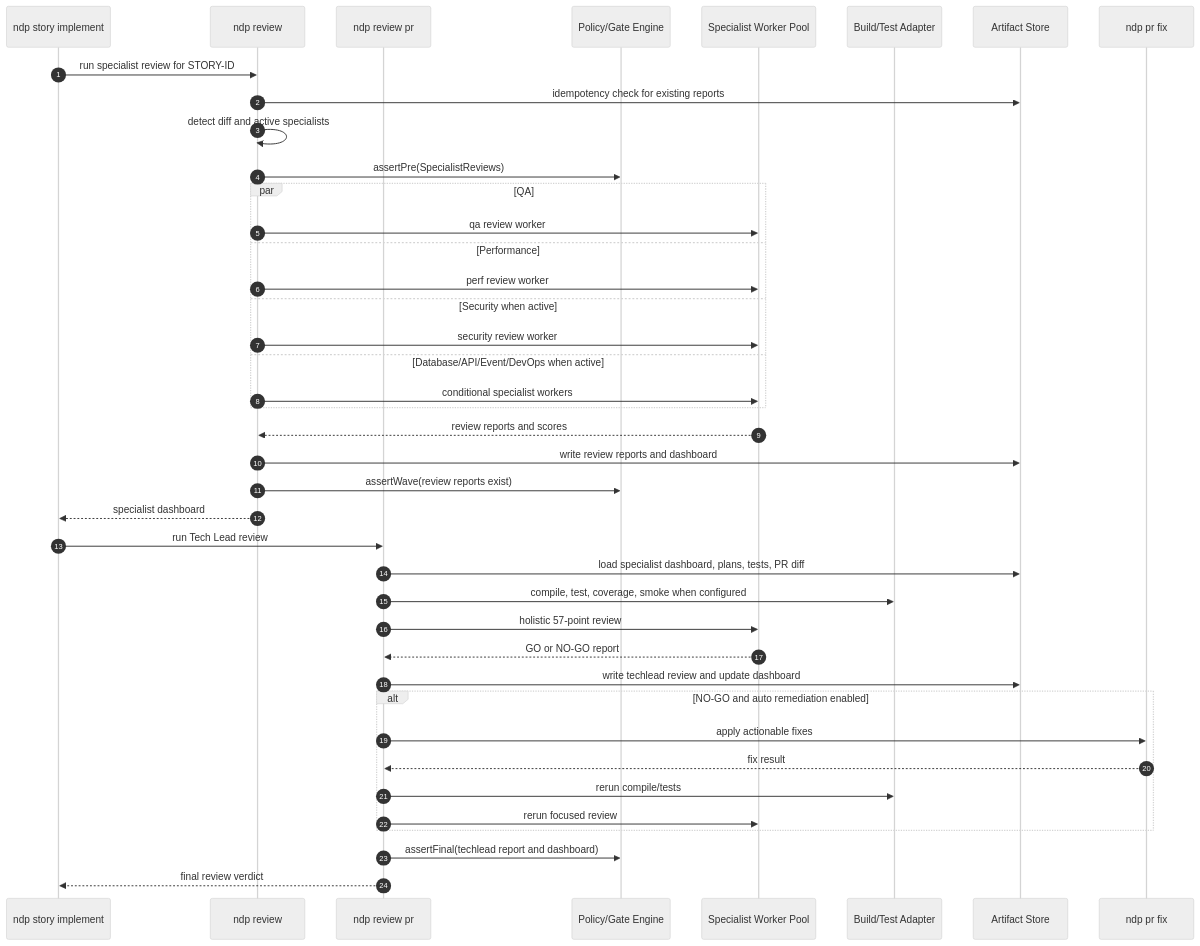
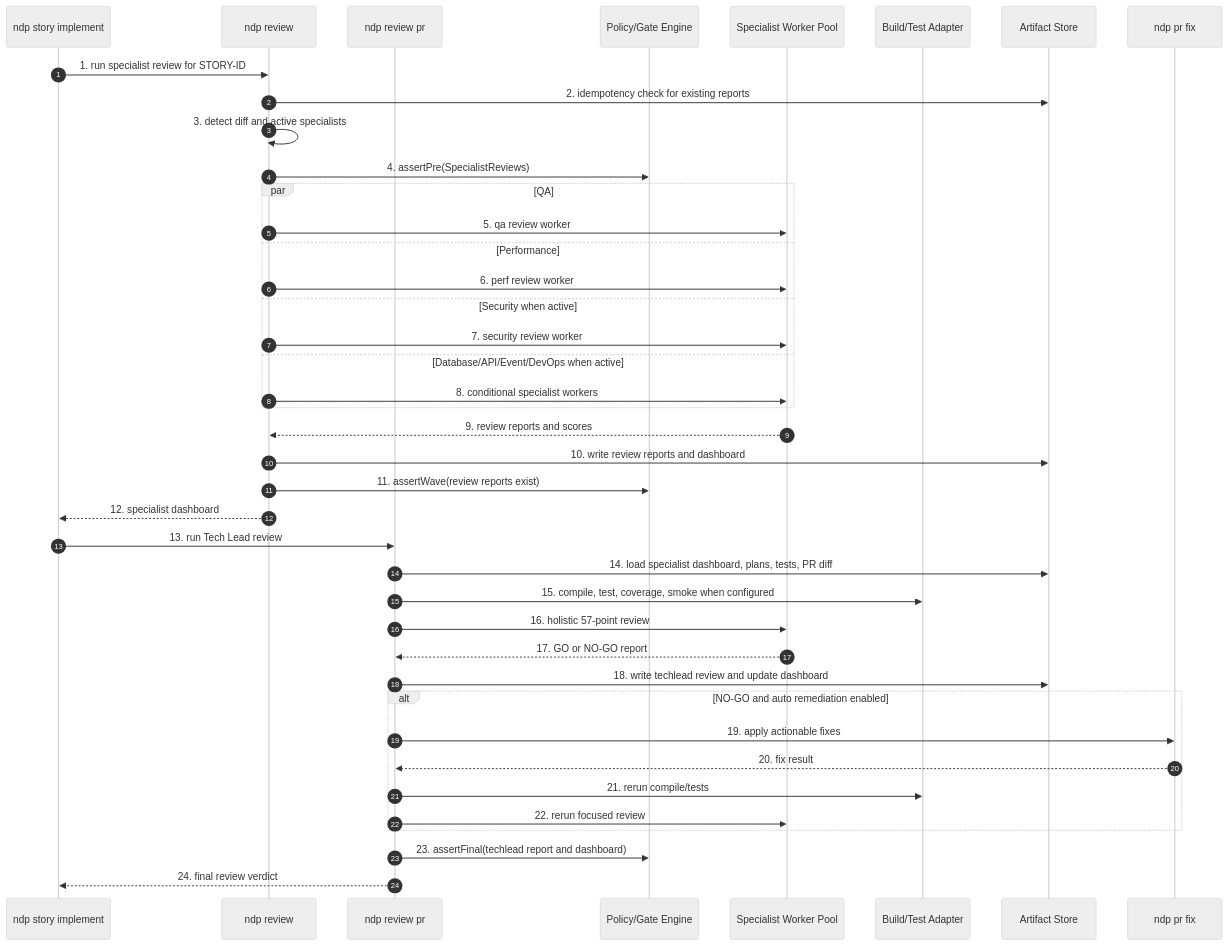
Before and after one commit to review-bench/edercnj_ia-dev-environment: the sixth of 6 diagrams in docs/ndp-strategic-plan-v2.md, drawn with Mermaid (neutral theme). The commit also changed other lines of this file, not shown here.

First line of the commit message:
docs(ndp): enhance command sequence details in strategic plan

````diff
--- a/docs/ndp-strategic-plan-v2.md
+++ b/docs/ndp-strategic-plan-v2.md
@@ -574,45 +752,45 @@
 ```mermaid
 sequenceDiagram
   autonumber
   participant Story as ndp story implement
   participant Review as ndp review
   participant TL as ndp review pr
   participant Gate as Policy/Gate Engine
   participant LLM as Specialist Worker Pool
   participant Build as Build/Test Adapter
   participant Art as Artifact Store
   participant Fix as ndp pr fix
 
-  Story->>Review: run specialist review for STORY-ID
-  Review->>Art: idempotency check for existing reports
-  Review->>Review: detect diff and active specialists
-  Review->>Gate: assertPre(SpecialistReviews)
+  Story->>Review: 1. run specialist review for STORY-ID
+  Review->>Art: 2. idempotency check for existing reports
+  Review->>Review: 3. detect diff and active specialists
+  Review->>Gate: 4. assertPre(SpecialistReviews)
   par QA
-    Review->>LLM: qa review worker
+    Review->>LLM: 5. qa review worker
   and Performance
-    Review->>LLM: perf review worker
+    Review->>LLM: 6. perf review worker
   and Security when active
-    Review->>LLM: security review worker
+    Review->>LLM: 7. security review worker
   and Database/API/Event/DevOps when active
-    Review->>LLM: conditional specialist workers
+    Review->>LLM: 8. conditional specialist workers
   end
-  LLM-->>Review: review reports and scores
-  Review->>Art: write review reports and dashboard
-  Review->>Gate: assertWave(review reports exist)
-  Review-->>Story: specialist dashboard
+  LLM-->>Review: 9. review reports and scores
+  Review->>Art: 10. write review reports and dashboard
+  Review->>Gate: 11. assertWave(review reports exist)
+  Review-->>Story: 12. specialist dashboard
 
-  Story->>TL: run Tech Lead review
-  TL->>Art: load specialist dashboard, plans, tests, PR diff
-  TL->>Build: compile, test, coverage, smoke when configured
-  TL->>LLM: holistic 57-point review
-  LLM-->>TL: GO or NO-GO report
-  TL->>Art: write techlead review and update dashboard
+  Story->>TL: 13. run Tech Lead review
+  TL->>Art: 14. load specialist dashboard, plans, tests, PR diff
+  TL->>Build: 15. compile, test, coverage, smoke when configured
+  TL->>LLM: 16. holistic 57-point review
+  LLM-->>TL: 17. GO or NO-GO report
+  TL->>Art: 18. write techlead review and update dashboard
   alt NO-GO and auto remediation enabled
-    TL->>Fix: apply actionable fixes
-    Fix-->>TL: fix result
-    TL->>Build: rerun compile/tests
-    TL->>LLM: rerun focused review
+    TL->>Fix: 19. apply actionable fixes
+    Fix-->>TL: 20. fix result
+    TL->>Build: 21. rerun compile/tests
+    TL->>LLM: 22. rerun focused review
   end
-  TL->>Gate: assertFinal(techlead report and dashboard)
-  TL-->>Story: final review verdict
+  TL->>Gate: 23. assertFinal(techlead report and dashboard)
+  TL-->>Story: 24. final review verdict
 ```
````
